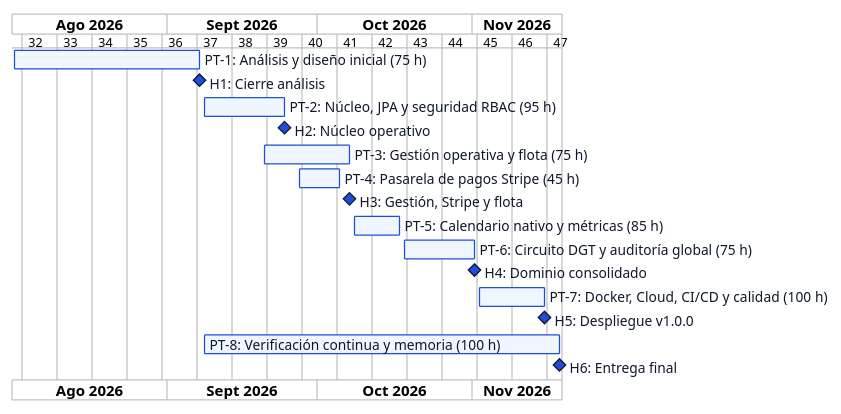
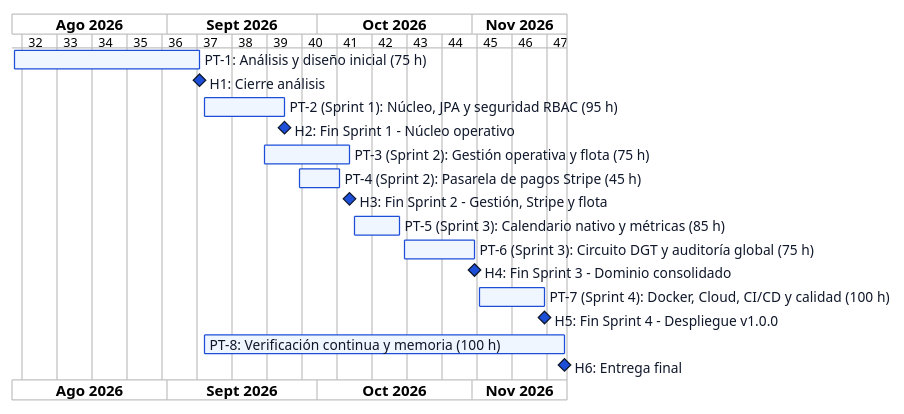
One commit to antonioabadpro/ManDS changed the diagram in Diagramas/Diagrama_Gantt.puml. Above: the diagram before and after it, drawn with PlantUML.

Commit message:
docs: Diagrama Gantt (v2)

```diff
--- a/Diagramas/Diagrama_Gantt.puml
+++ b/Diagramas/Diagrama_Gantt.puml
@@ -1,43 +1,42 @@
-@startgantt Diagrama_Gantt_v1
+@startgantt Diagrama_Gantt_v2
 language es
 projectscale weekly
 Project starts the 2026-08-01
 
 <style>
 ganttDiagram {
   task {
     BackGroundColor #EFF6FF
     LineColor #1D4ED8
     FontColor #0F172A
     FontSize 11
   }
   milestone {
     BackGroundColor #1D4ED8
     LineColor #0F172A
     FontColor #0F172A
     FontSize 11
   }
 }
 </style>
 
 [PT-1: Análisis y diseño inicial (75 h)] as [PT1] starts 2026-08-01 and ends 2026-09-07
 [H1: Cierre análisis] happens at 2026-09-07
 
-[PT-2: Núcleo, JPA y seguridad RBAC (95 h)] as [PT2] starts 2026-09-08 and ends 2026-09-24
-[H2: Núcleo operativo] happens at 2026-09-24
+[PT-2 (Sprint 1): Núcleo, JPA y seguridad RBAC (95 h)] as [PT2] starts 2026-09-08 and ends 2026-09-24
+[H2: Fin Sprint 1 - Núcleo operativo] happens at 2026-09-24
 
-[PT-3: Gestión operativa y flota (75 h)] as [PT3] starts 2026-09-20 and ends 2026-10-07
-[PT-4: Pasarela de pagos Stripe (45 h)] as [PT4] starts 2026-09-27 and ends 2026-10-05
-[H3: Gestión, Stripe y flota] happens at 2026-10-07
+[PT-3 (Sprint 2): Gestión operativa y flota (75 h)] as [PT3] starts 2026-09-20 and ends 2026-10-07
+[PT-4 (Sprint 2): Pasarela de pagos Stripe (45 h)] as [PT4] starts 2026-09-27 and ends 2026-10-05
+[H3: Fin Sprint 2 - Gestión, Stripe y flota] happens at 2026-10-07
 
-[PT-5: Calendario nativo y métricas (85 h)] as [PT5] starts 2026-10-08 and ends 2026-10-17
-[PT-6: Circuito DGT y auditoría global (75 h)] as [PT6] starts 2026-10-18 and ends 2026-11-01
-[H4: Dominio consolidado] happens at 2026-11-01
+[PT-5 (Sprint 3): Calendario nativo y métricas (85 h)] as [PT5] starts 2026-10-08 and ends 2026-10-17
+[PT-6 (Sprint 3): Circuito DGT y auditoría global (75 h)] as [PT6] starts 2026-10-18 and ends 2026-11-01
+[H4: Fin Sprint 3 - Dominio consolidado] happens at 2026-11-01
 
-[PT-7: Docker, Cloud, CI/CD y calidad (100 h)] as [PT7] starts 2026-11-02 and ends 2026-11-15
-[H5: Despliegue v1.0.0] happens at 2026-11-15
+[PT-7 (Sprint 4): Docker, Cloud, CI/CD y calidad (100 h)] as [PT7] starts 2026-11-02 and ends 2026-11-15
+[H5: Fin Sprint 4 - Despliegue v1.0.0] happens at 2026-11-15
 
-[PT-8: Verificación continua y memoria (100 h)] as [PT8] starts 2026-09-08 and ends 2026-11-18
-[H6: Entrega final] happens at 2026-11-18
-
+[PT-8: Verificación continua y memoria (100 h)] as [PT8] starts 2026-09-08 and ends 2026-11-19
+[H6: Entrega final] happens at 2026-11-19
 @endgantt
```
